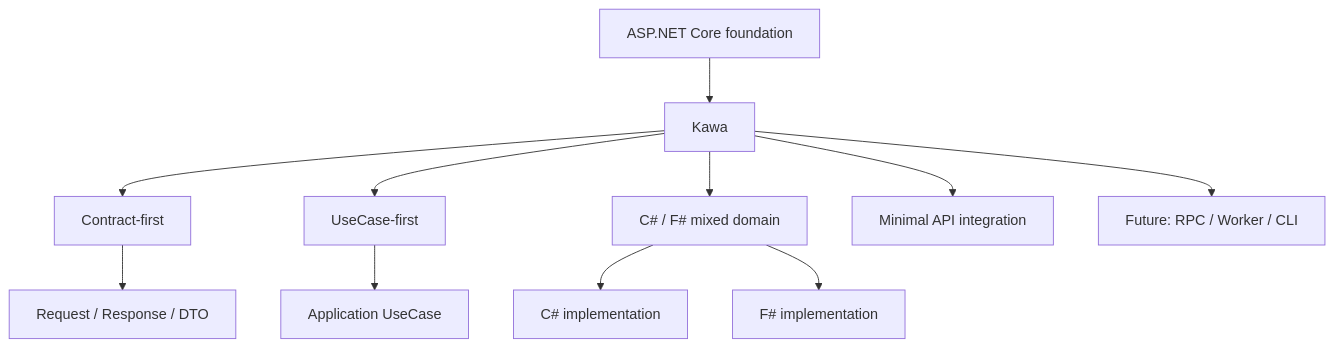
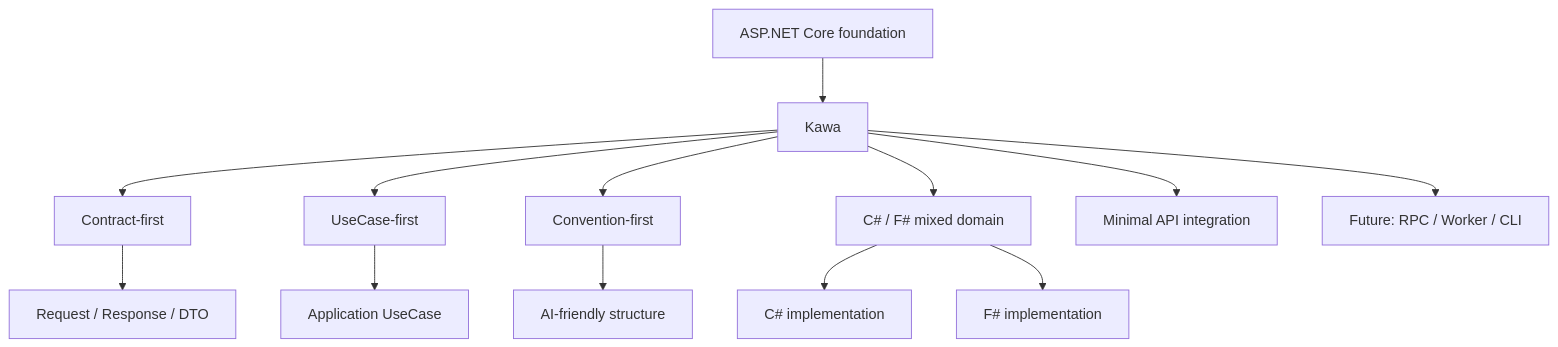
Before and after one commit to huideyeren/Kawa: the first of 23 diagrams in docs/design-principles.md, drawn with Mermaid. The commit also changed other lines of this file and 1 other file, not shown here.

````diff
--- a/docs/design-principles.md
+++ b/docs/design-principles.md
@@ -30,14 +31,16 @@
 ```mermaid
 flowchart TD
     A[ASP.NET Core foundation] --> B[Kawa]
     B --> C[Contract-first]
     B --> D[UseCase-first]
+    B --> L[Convention-first]
     B --> E[C# / F# mixed domain]
     B --> F[Minimal API integration]
     B --> G[Future: RPC / Worker / CLI]
 
     C --> H[Request / Response / DTO]
     D --> I[Application UseCase]
+    L --> M[AI-friendly structure]
     E --> J[C# implementation]
     E --> K[F# implementation]
 ```
````
